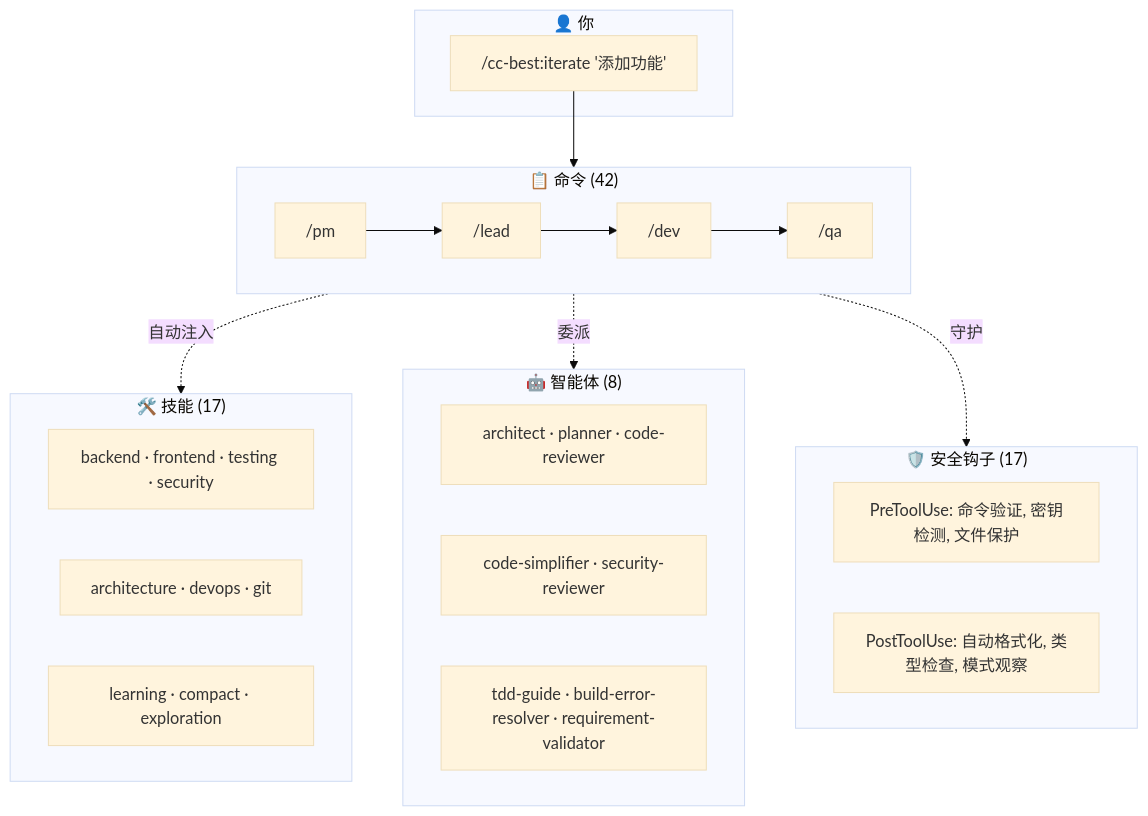
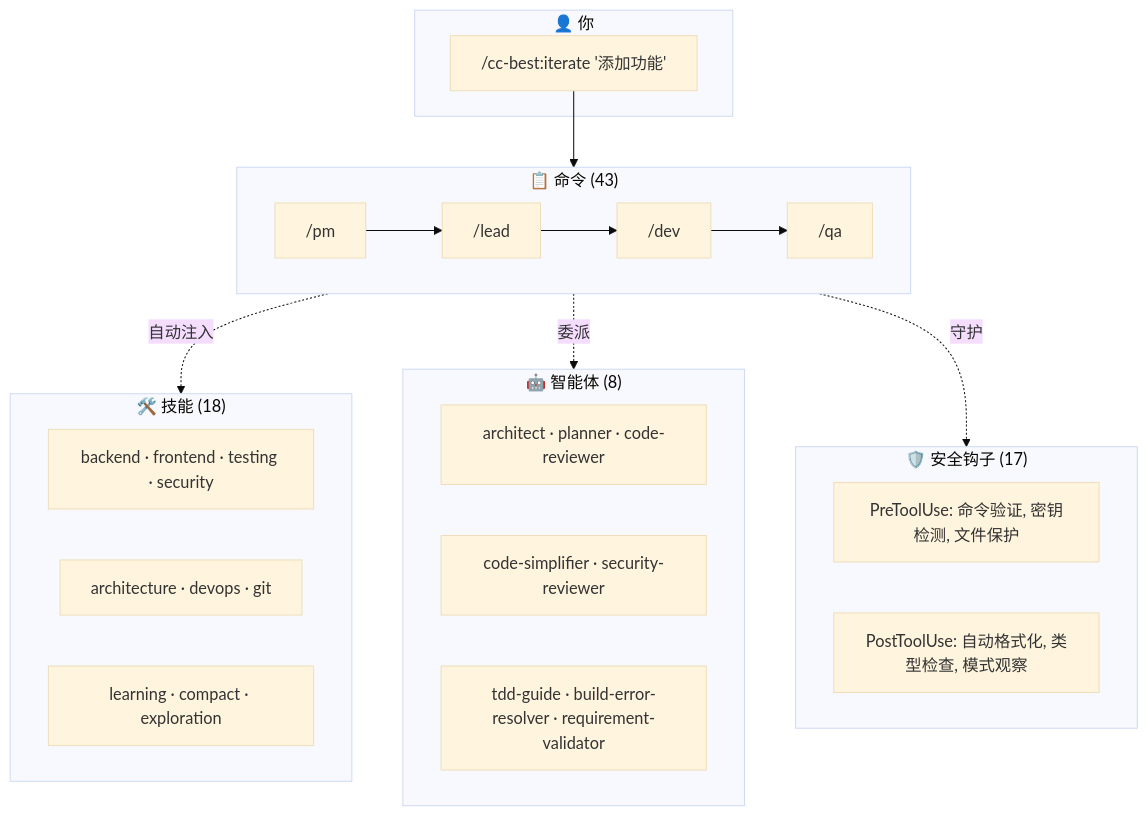
Before and after one commit to xiaobei930/claude-code-best-practices: the second of 2 diagrams in README.zh-CN.md, drawn with Mermaid (base theme). The commit also changed other lines of this file and 18 other files, not shown here.

````diff
--- a/README.zh-CN.md
+++ b/README.zh-CN.md
@@ -345,32 +345,32 @@
 ```mermaid
 flowchart TB
     subgraph User["👤 你"]
         CMD["/cc-best:iterate '添加功能'"]
     end
 
-    subgraph Commands["📋 命令 (42)"]
+    subgraph Commands["📋 命令 (43)"]
         PM["/pm"] --> Lead["/lead"] --> Dev["/dev"] --> QA["/qa"]
     end
 
-    subgraph Skills["🛠️ 技能 (17)"]
+    subgraph Skills["🛠️ 技能 (18)"]
         S1["backend · frontend · testing · security"]
         S2["architecture · devops · git"]
         S3["learning · compact · exploration"]
     end
 
     subgraph Agents["🤖 智能体 (8)"]
         A1["architect · planner · code-reviewer"]
         A2["code-simplifier · security-reviewer"]
         A3["tdd-guide · build-error-resolver · requirement-validator"]
     end
 
     subgraph Safety["🛡️ 安全钩子 (17)"]
         H1["PreToolUse: 命令验证, 密钥检测, 文件保护"]
         H2["PostToolUse: 自动格式化, 类型检查, 模式观察"]
     end
 
     CMD --> Commands
     Commands -.->|"自动注入"| Skills
     Commands -.->|"委派"| Agents
     Commands -.->|"守护"| Safety
 ```
````
